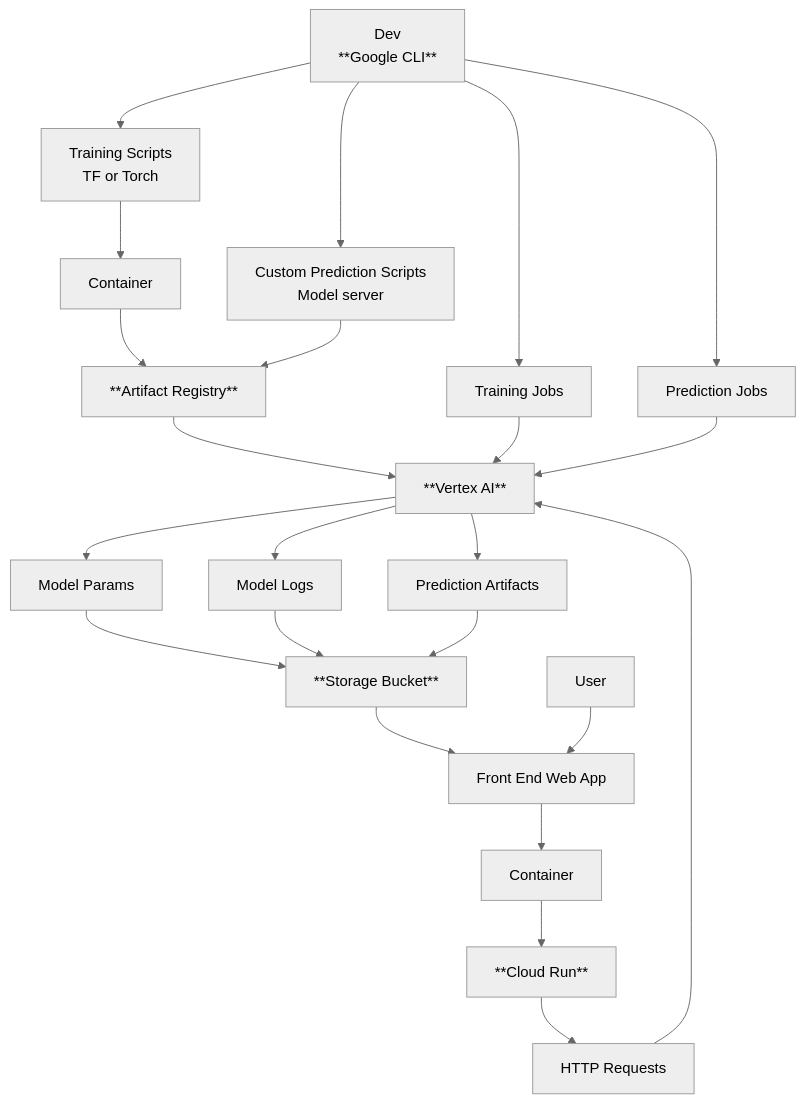
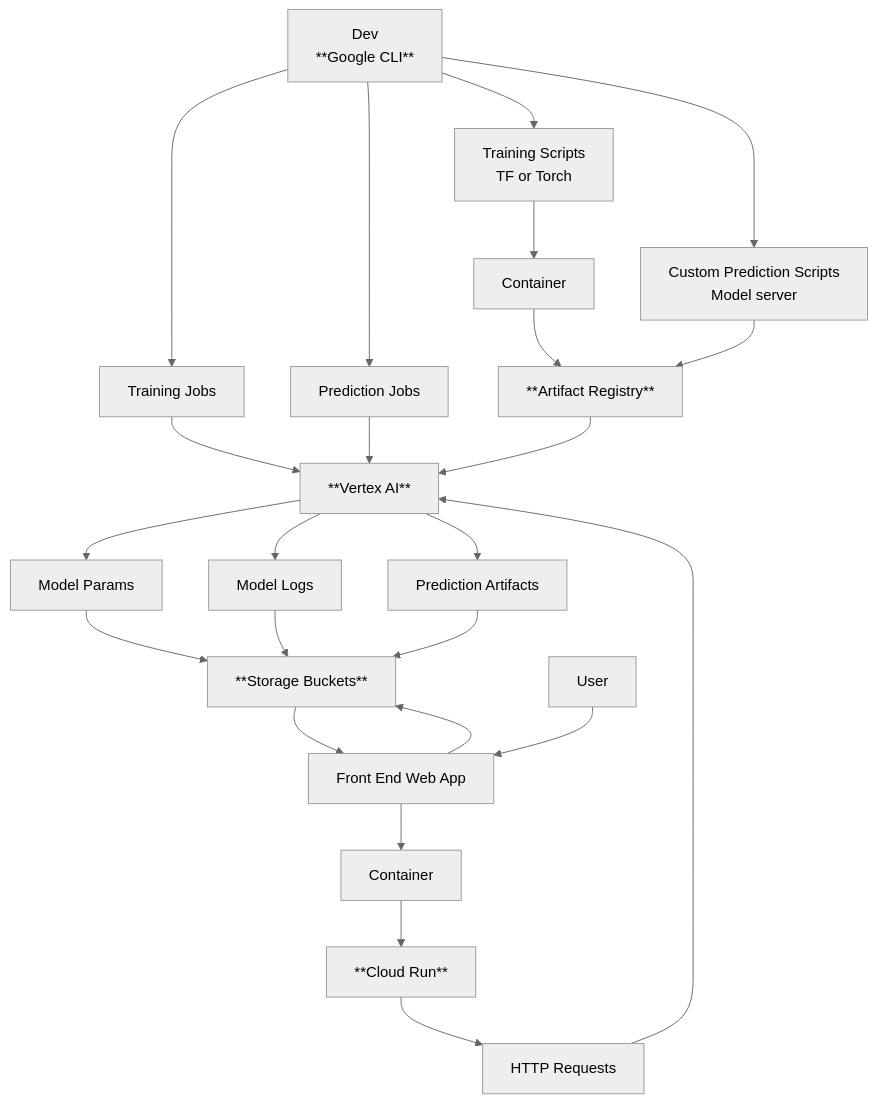
The diagram in ReadMe.md (nuEGil/NotesOnTextTasks), drawn with Mermaid (neutral theme) before and after one commit.

````diff
--- a/ReadMe.md
+++ b/ReadMe.md
@@ -41,23 +41,23 @@
 ```mermaid
 graph TD;
     A[Training Scripts<br/>TF or Torch<br/>]-->B[Container<br/>];
     B-->C[**Artifact Registry**];
     D[Custom Prediction Scripts<br/>Model server<br/>]-->C;
     C-->E[**Vertex AI**];
     F[Training Jobs]-->E;
     G[Prediction Jobs]-->E;
     E-->H[Model Params] & I[Model Logs] & J[Prediction Artifacts];
-    H & I & J -->K[**Storage Bucket**];
+    H & I & J -->K[**Storage Buckets**];
     L[Front End Web App]-->M[Container];
     M-->N[**Cloud Run**];
     N-->O[HTTP Requests];
     O-->E;
     K-->L;
     P[User]-->L;
     Q[Dev<br/>**Google CLI**]-->F & G & A & D;
-
+    L-->K;
 
     
 
     
 ```
````
